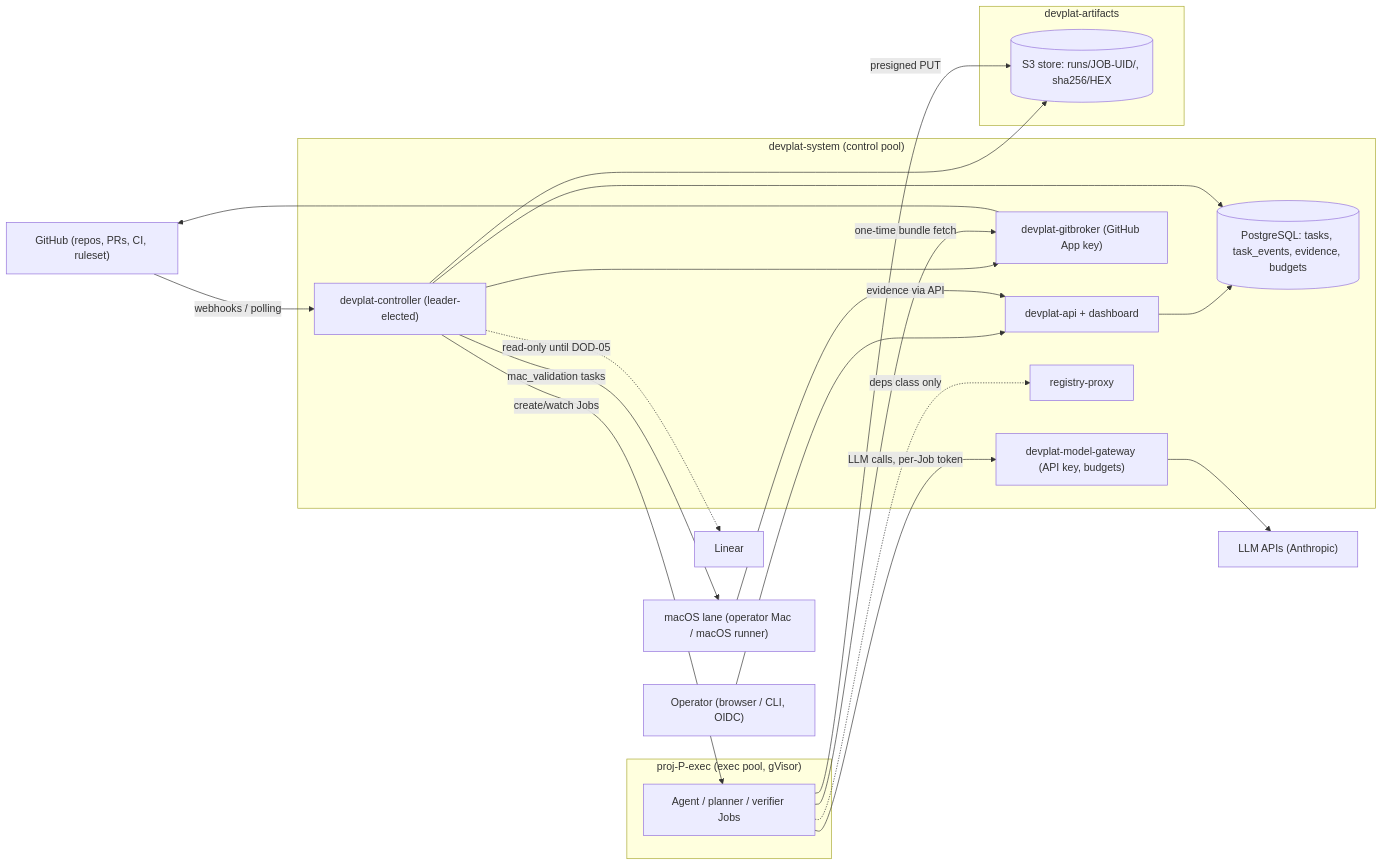
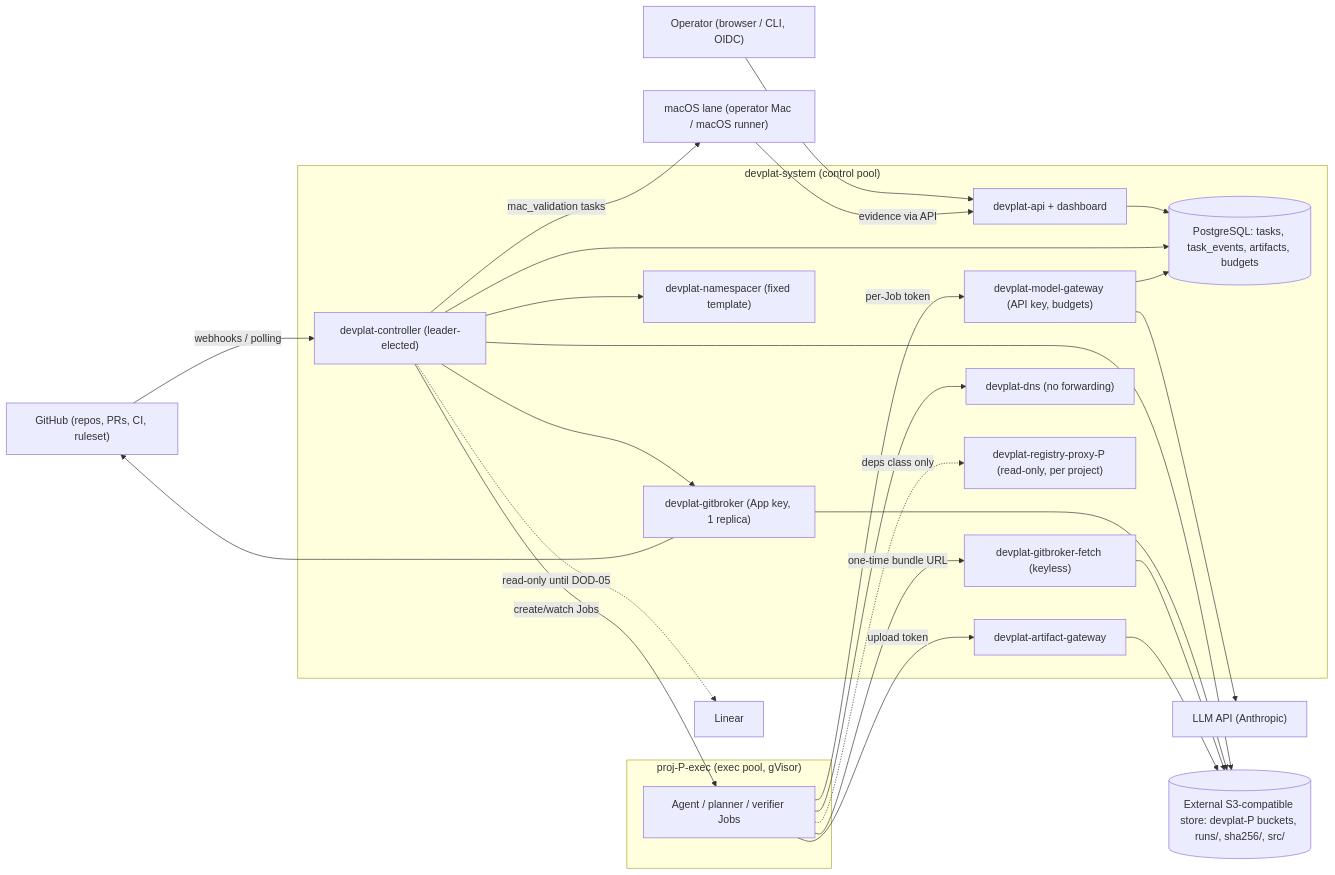
The first of 3 diagrams in docs/mercury/development-orchestration/15-platform-architecture.md (usjbro/Project-Mercury), drawn with Mermaid before and after one commit. The commit also changed other lines of this file and 40 other files, not shown here.

````diff
--- a/docs/mercury/development-orchestration/15-platform-architecture.md
+++ b/docs/mercury/development-orchestration/15-platform-architecture.md
@@ -87,38 +96,46 @@
 ```mermaid
 flowchart LR
     OP["Operator (browser / CLI, OIDC)"]
     GH["GitHub (repos, PRs, CI, ruleset)"]
-    LLM["LLM APIs (Anthropic)"]
+    LLM["LLM API (Anthropic)"]
     LN["Linear"]
+    S3[("External S3-compatible store: devplat-P buckets, runs/, sha256/, src/")]
     MAC["macOS lane (operator Mac / macOS runner)"]
     subgraph SYS["devplat-system (control pool)"]
         API["devplat-api + dashboard"]
         CTL["devplat-controller (leader-elected)"]
-        GB["devplat-gitbroker (GitHub App key)"]
+        GB["devplat-gitbroker (App key, 1 replica)"]
+        GF["devplat-gitbroker-fetch (keyless)"]
+        AG["devplat-artifact-gateway"]
         MG["devplat-model-gateway (API key, budgets)"]
-        RP["registry-proxy"]
-        PG[("PostgreSQL: tasks, task_events, evidence, budgets")]
-    end
-    subgraph ART["devplat-artifacts"]
-        S3[("S3 store: runs/JOB-UID/, sha256/HEX")]
+        NSR["devplat-namespacer (fixed template)"]
+        DNS["devplat-dns (no forwarding)"]
+        RP["devplat-registry-proxy-P (read-only, per project)"]
+        PG[("PostgreSQL: tasks, task_events, artifacts, budgets")]
     end
     subgraph EXEC["proj-P-exec (exec pool, gVisor)"]
         JOB["Agent / planner / verifier Jobs"]
     end
     OP --> API
     API --> PG
     CTL --> PG
+    MG --> PG
     CTL -->|"create/watch Jobs"| JOB
+    CTL --> NSR
     CTL --> GB
     CTL --> S3
     CTL -.->|"read-only until DOD-05"| LN
     GB --> GH
+    GB --> S3
+    GF --> S3
+    AG --> S3
     GH -->|"webhooks / polling"| CTL
-    JOB -->|"one-time bundle fetch"| GB
-    JOB -->|"LLM calls, per-Job token"| MG
+    JOB -->|"one-time bundle URL"| GF
+    JOB -->|"upload token"| AG
+    JOB -->|"per-Job token"| MG
+    JOB -.->|"deps class only"| RP
+    JOB --> DNS
     MG --> LLM
-    JOB -->|"presigned PUT"| S3
-    JOB -.->|"deps class only"| RP
     CTL -->|"mac_validation tasks"| MAC
     MAC -->|"evidence via API"| API
 ```
````
